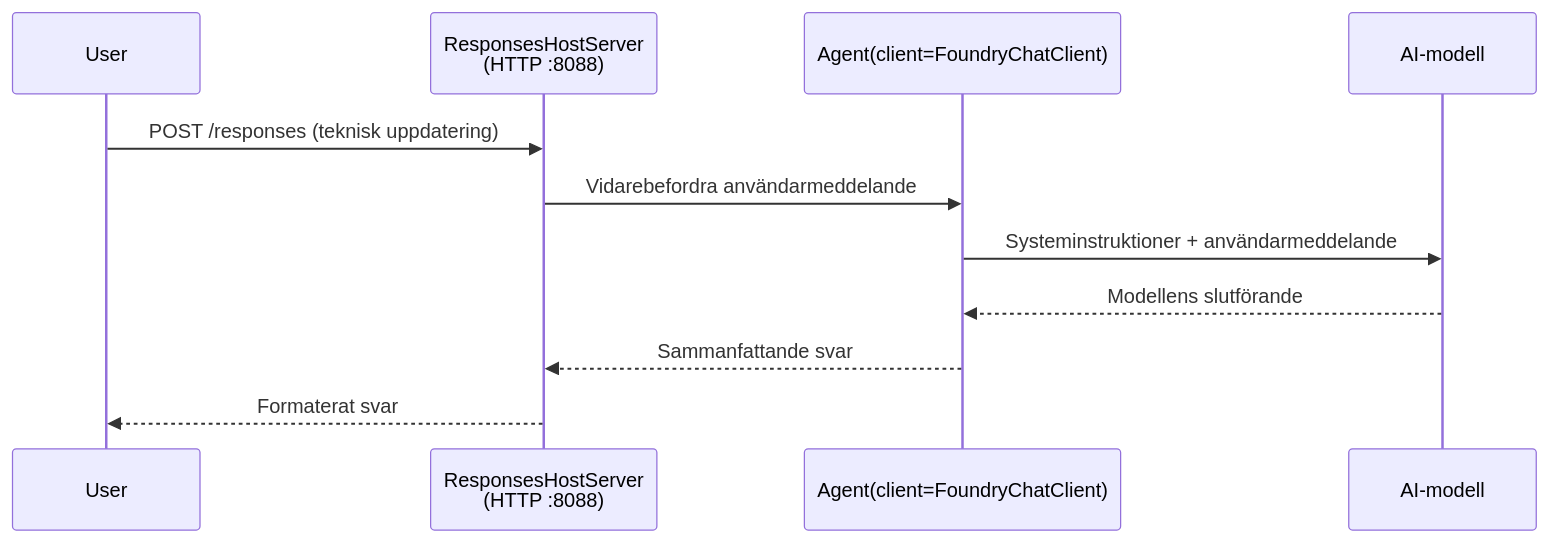
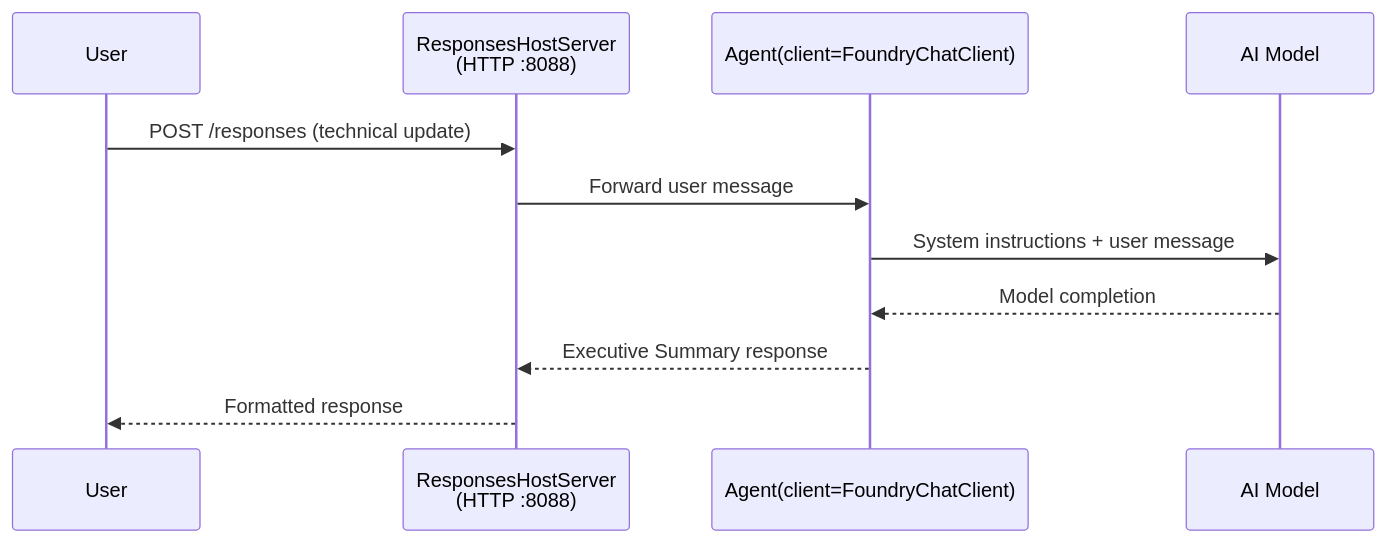
Before and after one commit to microsoft-foundry/Foundry_Toolkit_for_VSCode_Lab: the diagram in translations/sv/workshop/lab01-single-agent/docs/03-configure-and-code.md, drawn with Mermaid. The commit also changed other lines of this file and 74 other files, not shown here.

````diff
--- a/translations/sv/workshop/lab01-single-agent/docs/03-configure-and-code.md
+++ b/translations/sv/workshop/lab01-single-agent/docs/03-configure-and-code.md
@@ -11,14 +11,14 @@
 ```mermaid
 sequenceDiagram
     participant User
     participant Server as ResponsesHostServer<br/>(HTTP :8088)
     participant Agent as Agent(client=FoundryChatClient)
-    participant Model as AI-modell
+    participant Model as AI Model
 
-    User->>Server: POST /responses (teknisk uppdatering)
-    Server->>Agent: Vidarebefordra användarmeddelande
-    Agent->>Model: Systeminstruktioner + användarmeddelande
-    Model-->>Agent: Modellens slutförande
-    Agent-->>Server: Sammanfattande svar
-    Server-->>User: Formaterat svar
+    User->>Server: POST /responses (technical update)
+    Server->>Agent: Forward user message
+    Agent->>Model: System instructions + user message
+    Model-->>Agent: Model completion
+    Agent-->>Server: Executive Summary response
+    Server-->>User: Formatted response
 ```
````
